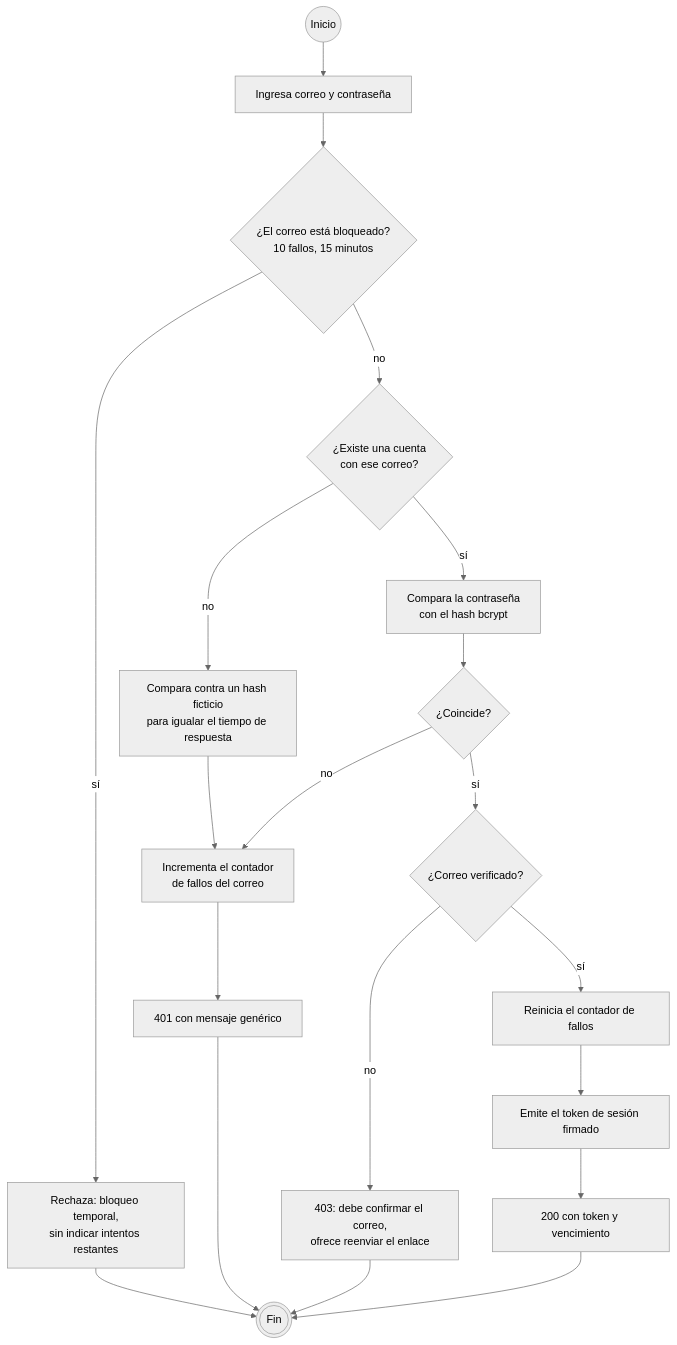
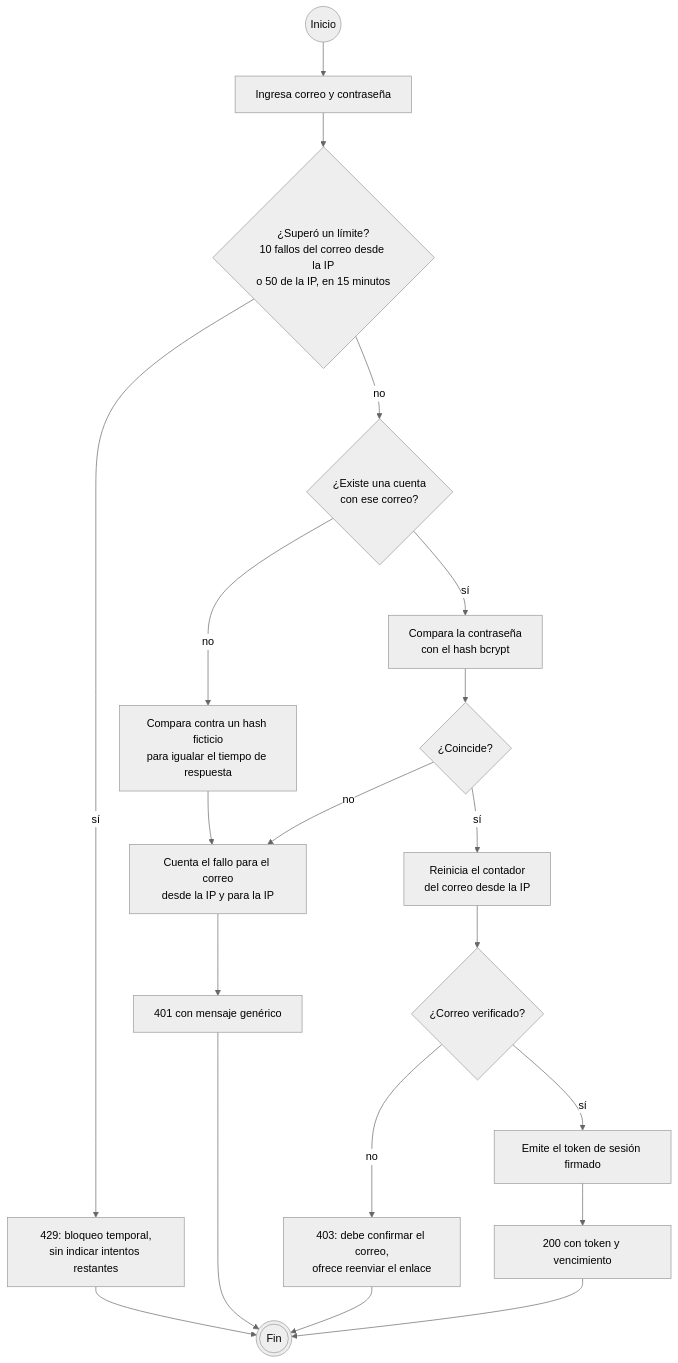
Diagram 12 of 19 in docs/diagramas.md (patorinaldi/gastos), drawn with Mermaid (neutral theme) before and after one commit. The commit also changed other lines of this file and 4 other files, not shown here.

````diff
--- a/docs/diagramas.md
+++ b/docs/diagramas.md
@@ -593,23 +595,23 @@
 ```mermaid
 flowchart TD
     INI(("Inicio")) --> A1["Ingresa correo y contraseña"]
-    A1 --> D1{"¿El correo está bloqueado?<br/>10 fallos, 15 minutos"}
-    D1 -->|sí| R429["Rechaza: bloqueo temporal,<br/>sin indicar intentos restantes"]
+    A1 --> D1{"¿Superó un límite?<br/>10 fallos del correo desde la IP<br/>o 50 de la IP, en 15 minutos"}
+    D1 -->|sí| R429["429: bloqueo temporal,<br/>sin indicar intentos restantes"]
     D1 -->|no| D2{"¿Existe una cuenta<br/>con ese correo?"}
     D2 -->|sí| H1["Compara la contraseña<br/>con el hash bcrypt"]
     D2 -->|no| H2["Compara contra un hash ficticio<br/>para igualar el tiempo de respuesta"]
     H1 --> D3{"¿Coincide?"}
     H2 --> F1
-    D3 -->|no| F1["Incrementa el contador<br/>de fallos del correo"]
+    D3 -->|no| F1["Cuenta el fallo para el correo<br/>desde la IP y para la IP"]
     F1 --> R401["401 con mensaje genérico"]
-    D3 -->|sí| D4{"¿Correo verificado?"}
+    D3 -->|sí| OK1["Reinicia el contador<br/>del correo desde la IP"]
+    OK1 --> D4{"¿Correo verificado?"}
     D4 -->|no| R403["403: debe confirmar el correo,<br/>ofrece reenviar el enlace"]
-    D4 -->|sí| OK1["Reinicia el contador de fallos"]
-    OK1 --> OK2["Emite el token de sesión firmado"]
+    D4 -->|sí| OK2["Emite el token de sesión firmado"]
     OK2 --> R200["200 con token y vencimiento"]
 
     R429 --> FIN((("Fin")))
     R401 --> FIN
     R403 --> FIN
     R200 --> FIN
 ```
````
